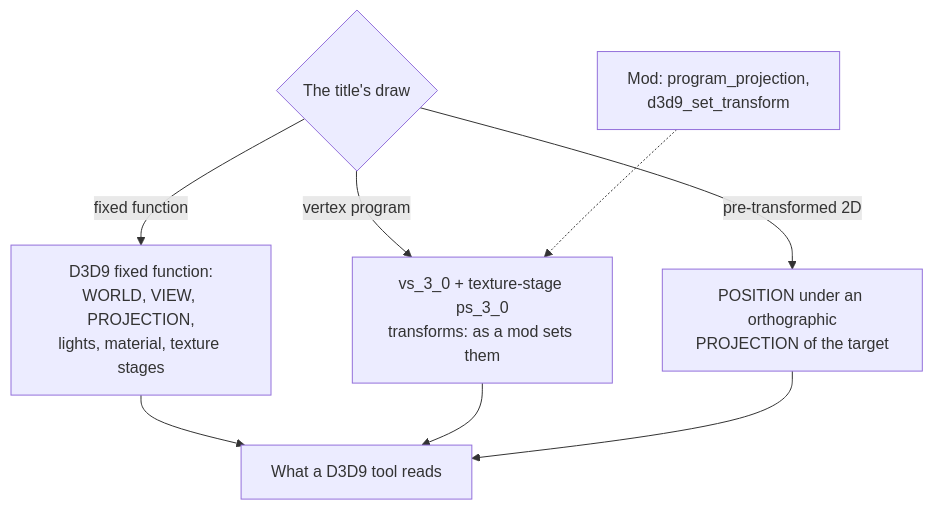
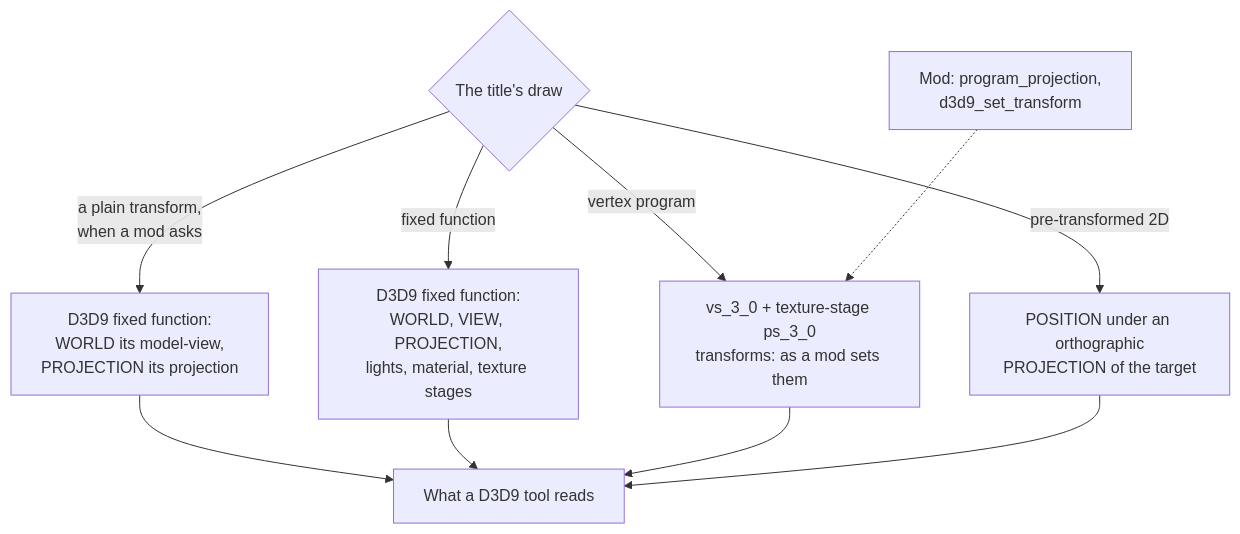
Before and after one commit to bechapm/DirectXbox-Recomp-D3D9: the second of 2 diagrams in docs/technical/d3d9-backend.md, drawn with Mermaid. The commit also changed other lines of this file and 6 other files, not shown here.

First line of the commit message:
D3D9: a mod can leave a plain transform a program; no transform at scale 1

````diff
--- a/docs/technical/d3d9-backend.md
+++ b/docs/technical/d3d9-backend.md
@@ -80,10 +80,12 @@
 ```mermaid
 flowchart TD
     D{"The title's draw"} -- "fixed function" --> FF["D3D9 fixed function:<br/>WORLD, VIEW, PROJECTION,<br/>lights, material, texture stages"]
     D -- "vertex program" --> VS["vs_3_0 + texture-stage ps_3_0<br/>transforms: as a mod sets them"]
+    D -- "a plain transform,<br/>when a mod asks" --> PT["D3D9 fixed function:<br/>WORLD its model-view,<br/>PROJECTION its projection"]
     D -- "pre-transformed 2D" --> TD["POSITION under an orthographic<br/>PROJECTION of the target"]
+    PT --> TOOL
     FF --> TOOL["What a D3D9 tool reads"]
     VS --> TOOL
     TD --> TOOL
     MOD["Mod: program_projection,<br/>d3d9_set_transform"] -.-> VS
 ```
````
